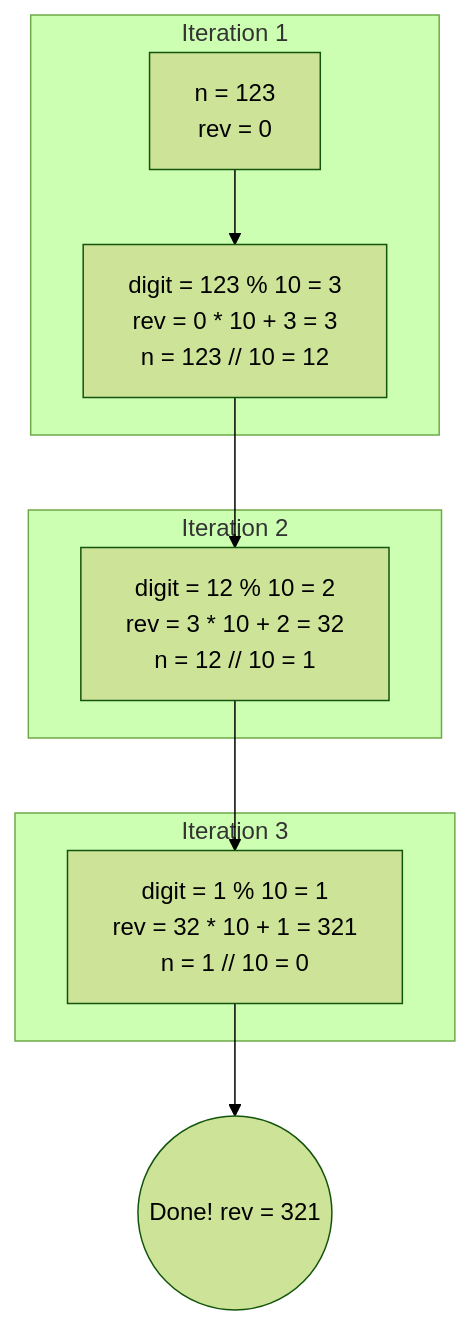
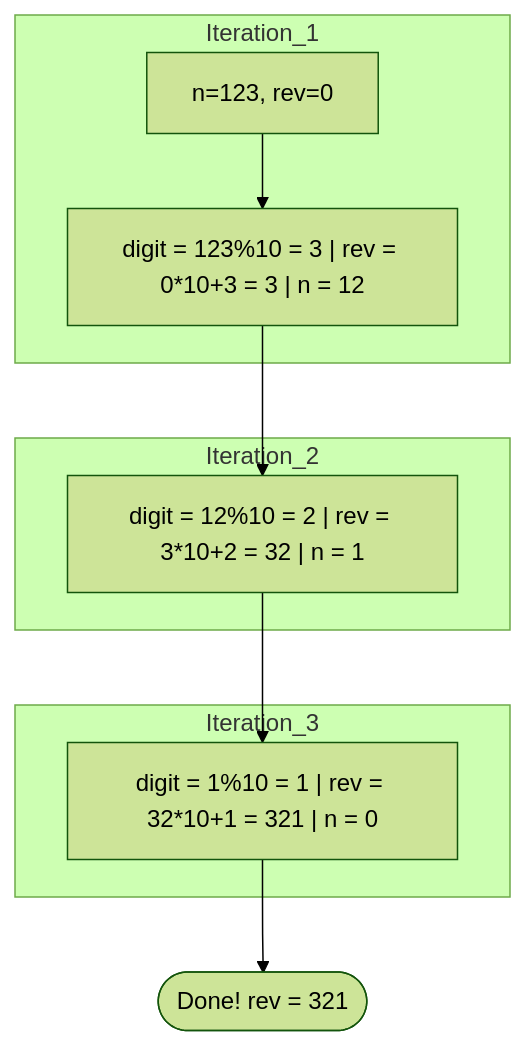
Before and after one commit to rajesh-kohli/Programming-Python-DSA: the first of 2 diagrams in 02_DSA_Mastery/02_Digits_Fibonacci_Primes_and_Square_Roots/02_digits_fibonacci_primes_and_square_roots.md, drawn with Mermaid (forest theme). The commit also changed other lines of this file and 7 other files, not shown here.

````diff
--- a/02_DSA_Mastery/02_Digits_Fibonacci_Primes_and_Square_Roots/02_digits_fibonacci_primes_and_square_roots.md
+++ b/02_DSA_Mastery/02_Digits_Fibonacci_Primes_and_Square_Roots/02_digits_fibonacci_primes_and_square_roots.md
@@ -30,16 +40,13 @@
 ```mermaid
 graph TD
-    subgraph Iteration 1
-        A[n = 123<br>rev = 0] --> B[digit = 123 % 10 = 3<br>rev = 0 * 10 + 3 = 3<br>n = 123 // 10 = 12]
+    subgraph Iteration_1
+        A["n=123, rev=0"] --> B["digit = 123%10 = 3 | rev = 0*10+3 = 3 | n = 12"]
     end
-    
-    subgraph Iteration 2
-        B --> C[digit = 12 % 10 = 2<br>rev = 3 * 10 + 2 = 32<br>n = 12 // 10 = 1]
+    subgraph Iteration_2
+        B --> C["digit = 12%10 = 2 | rev = 3*10+2 = 32 | n = 1"]
     end
-    
-    subgraph Iteration 3
-        C --> D[digit = 1 % 10 = 1<br>rev = 32 * 10 + 1 = 321<br>n = 1 // 10 = 0]
+    subgraph Iteration_3
+        C --> D["digit = 1%10 = 1 | rev = 32*10+1 = 321 | n = 0"]
     end
-    
-    D --> E((Done! rev = 321))
+    D --> E(["Done! rev = 321"])
 ```
````
